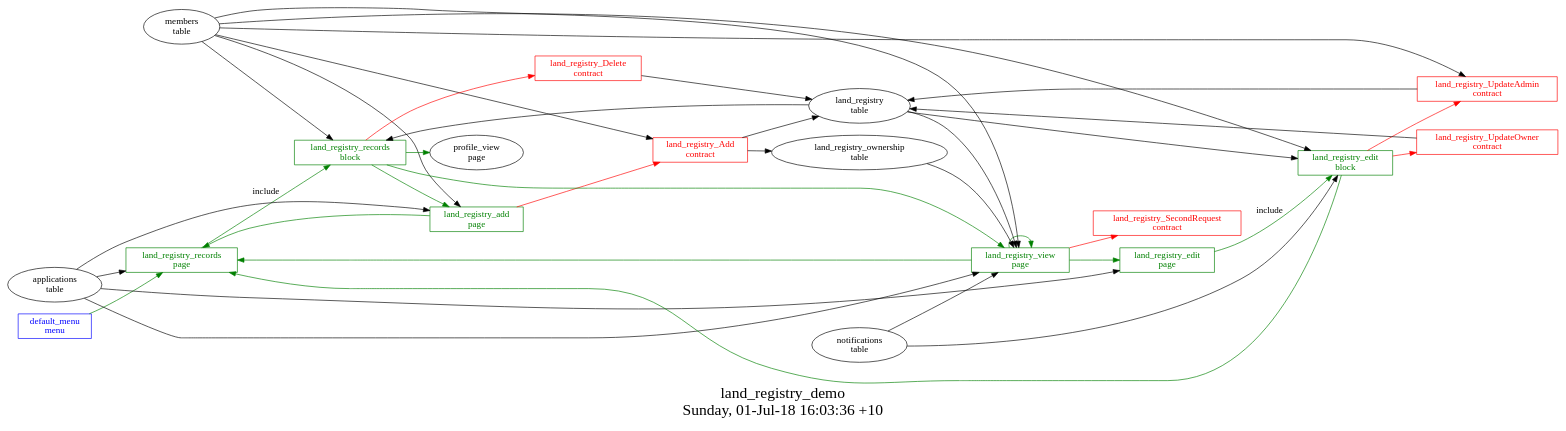
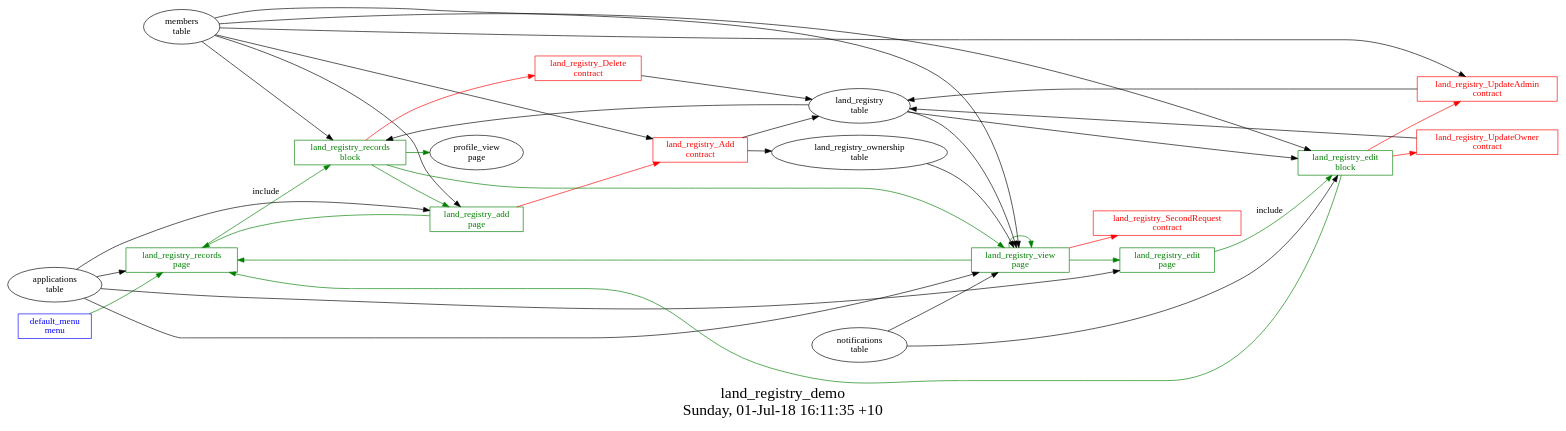
One commit to AplaProject/apps changed the diagram in quick-start/land_registry_demo/struct.dot. Above: the diagram before and after it, drawn with Graphviz. The commit also changed 3 other files, not shown here.

```diff
--- a/quick-start/land_registry_demo/struct.dot
+++ b/quick-start/land_registry_demo/struct.dot
@@ -1,59 +1,59 @@
 digraph G {
 fontsize="24";
-label="land_registry_demo\nSunday, 01-Jul-18 16:03:36 +10";
+label="land_registry_demo\nSunday, 01-Jul-18 16:11:35 +10";
 nojustify=true;
 ordering=out;
 rankdir=LR;
 size="30";
 "default_menu\nmenu" -> "land_registry_records\npage"  [ color=green ]
 "default_menu\nmenu" [color=blue, fontcolor=blue, group=menus, shape=record];
 "land_registry_add\npage" -> "land_registry_Add\ncontract"  [ color=red ]
 "applications\ntable" -> "land_registry_add\npage"
 "members\ntable" -> "land_registry_add\npage"
 "land_registry_add\npage" -> "land_registry_records\npage"  [ color=green ]
 "land_registry_add\npage" [color=green, fontcolor=green, group=pages, shape=record];
 "applications\ntable" -> "land_registry_edit\npage"
 "land_registry_edit\npage" -> "land_registry_edit\nblock"  [ color=green, label=include ]
 "land_registry_edit\npage" [color=green, fontcolor=green, group=pages, shape=record];
 "applications\ntable" -> "land_registry_records\npage"
 "land_registry_records\npage" -> "land_registry_records\nblock"  [ color=green, label=include ]
 "land_registry_records\npage" [color=green, fontcolor=green, group=pages, shape=record];
 "land_registry_view\npage" -> "land_registry_SecondRequest\ncontract"  [ color=red ]
 "applications\ntable" -> "land_registry_view\npage"
 "land_registry\ntable" -> "land_registry_view\npage"
 "land_registry_ownership\ntable" -> "land_registry_view\npage"
 "members\ntable" -> "land_registry_view\npage"
 "notifications\ntable" -> "land_registry_view\npage"
 "land_registry_view\npage" -> "land_registry_records\npage"  [ color=green ]
 "land_registry_view\npage" -> "land_registry_view\npage"  [ color=green ]
 "land_registry_view\npage" -> "land_registry_edit\npage"  [ color=green ]
 "land_registry_view\npage" [color=green, fontcolor=green, group=pages, shape=record];
 "land_registry_edit\nblock" -> "land_registry_UpdateAdmin\ncontract"  [ color=red ]
 "land_registry_edit\nblock" -> "land_registry_UpdateOwner\ncontract"  [ color=red ]
 "notifications\ntable" -> "land_registry_edit\nblock"
 "land_registry\ntable" -> "land_registry_edit\nblock"
 "members\ntable" -> "land_registry_edit\nblock"
 "land_registry_edit\nblock" -> "land_registry_records\npage"  [ color=green ]
 "land_registry_edit\nblock" [color=green, fontcolor=green, group=blocks, shape=record];
 "land_registry_records\nblock" -> "land_registry_Delete\ncontract"  [ color=red ]
 "land_registry\ntable" -> "land_registry_records\nblock"
 "members\ntable" -> "land_registry_records\nblock"
 "land_registry_records\nblock" -> "profile_view\npage"  [ color=green ]
 "land_registry_records\nblock" -> "land_registry_view\npage"  [ color=green ]
 "land_registry_records\nblock" -> "land_registry_add\npage"  [ color=green ]
 "land_registry_records\nblock" [color=green, fontcolor=green, group=blocks, shape=record];
 "land_registry_Add\ncontract" -> "land_registry\ntable"  [ color="" ]
 "land_registry_Add\ncontract" -> "land_registry_ownership\ntable"  [ color="" ]
 "members\ntable" -> "land_registry_Add\ncontract"
 "land_registry_Add\ncontract" [color=red, fontcolor=red, group=contracts, shape=record];
 "land_registry_Delete\ncontract" -> "land_registry\ntable"  [ color="" ]
 "land_registry_Delete\ncontract" [color=red, fontcolor=red, group=contracts, shape=record];
 "land_registry_SecondRequest\ncontract" [color=red, fontcolor=red, group=contracts, shape=record];
 "land_registry_UpdateAdmin\ncontract" -> "land_registry\ntable"  [ color="" ]
 "members\ntable" -> "land_registry_UpdateAdmin\ncontract"
 "land_registry_UpdateAdmin\ncontract" [color=red, fontcolor=red, group=contracts, shape=record];
 "land_registry_UpdateOwner\ncontract" -> "land_registry\ntable"  [ color="" ]
 "land_registry_UpdateOwner\ncontract" [color=red, fontcolor=red, group=contracts, shape=record];
 "land_registry\ntable" [color="", fontcolor="", group=tables, shape=""];
 "land_registry_ownership\ntable" [color="", fontcolor="", group=tables, shape=""];
 }
```
